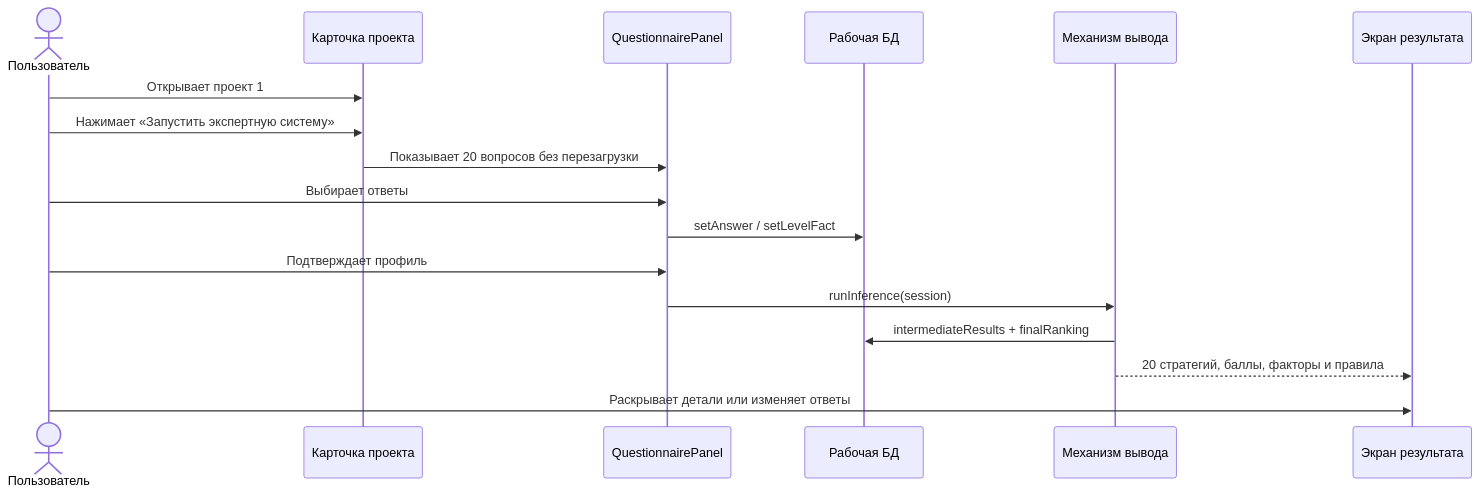
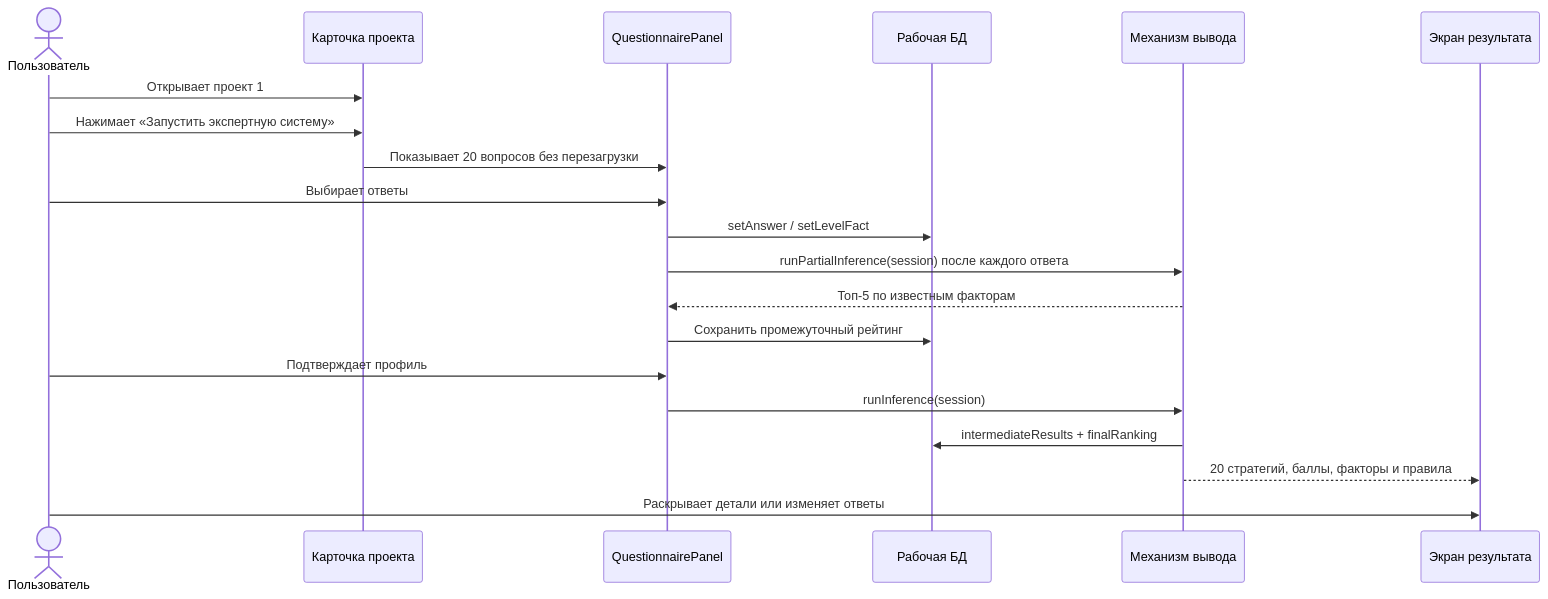
One commit to AnnaKurskaya/AnnaKurskaya.github.io changed the second of 2 diagrams in .docs/PROJECT_1_IMPLEMENTATION.md. Above: the diagram before and after it, drawn with Mermaid. The commit also changed other lines of this file and 12 other files, not shown here.

````diff
--- a/.docs/PROJECT_1_IMPLEMENTATION.md
+++ b/.docs/PROJECT_1_IMPLEMENTATION.md
@@ -26,20 +26,23 @@
 ```mermaid
 sequenceDiagram
     actor User as Пользователь
     participant Card as Карточка проекта
     participant Form as QuestionnairePanel
     participant DB as Рабочая БД
     participant Engine as Механизм вывода
     participant Result as Экран результата
 
     User->>Card: Открывает проект 1
     User->>Card: Нажимает «Запустить экспертную систему»
     Card->>Form: Показывает 20 вопросов без перезагрузки
     User->>Form: Выбирает ответы
     Form->>DB: setAnswer / setLevelFact
+    Form->>Engine: runPartialInference(session) после каждого ответа
+    Engine-->>Form: Топ-5 по известным факторам
+    Form->>DB: Сохранить промежуточный рейтинг
     User->>Form: Подтверждает профиль
     Form->>Engine: runInference(session)
     Engine->>DB: intermediateResults + finalRanking
     Engine-->>Result: 20 стратегий, баллы, факторы и правила
     User->>Result: Раскрывает детали или изменяет ответы
 ```
````
